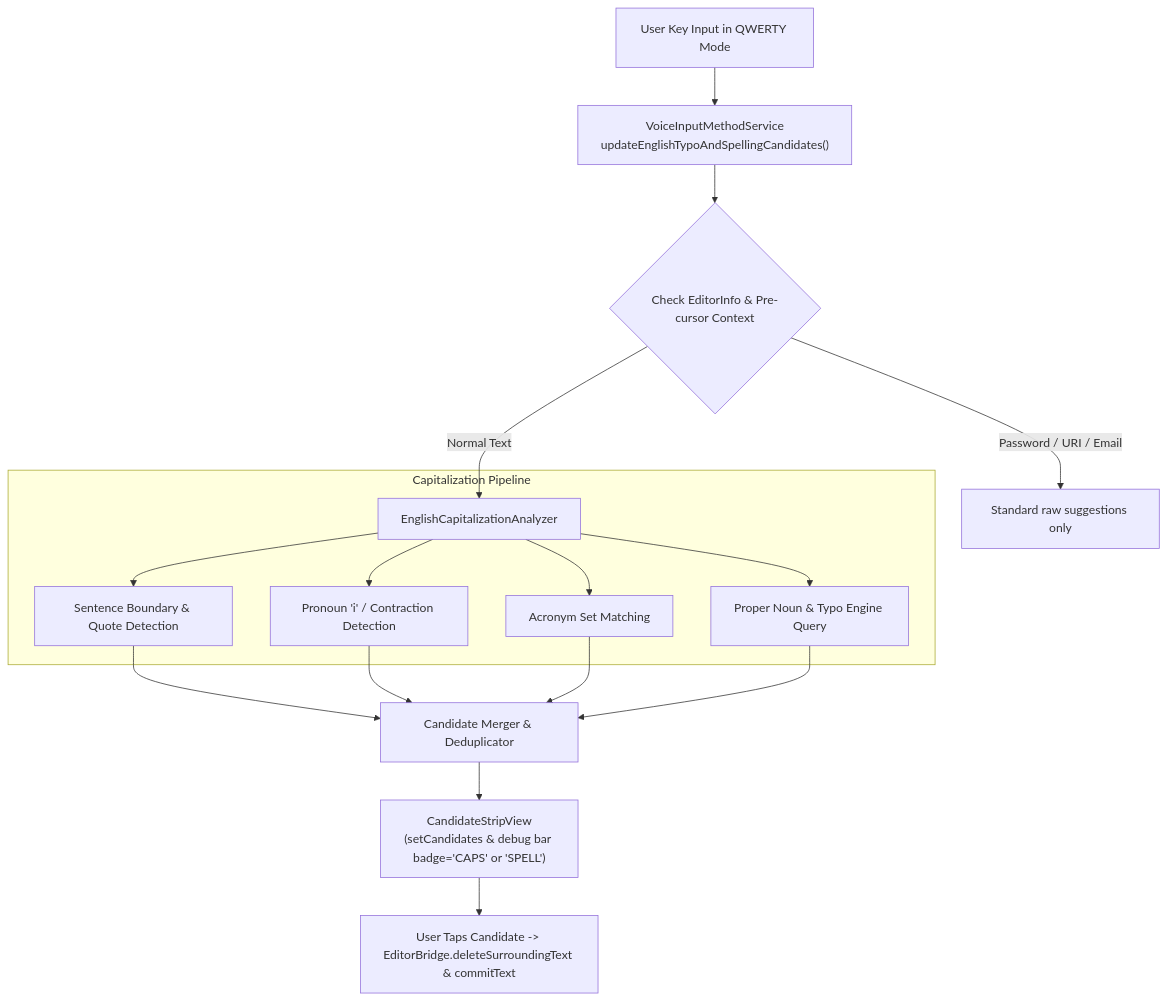
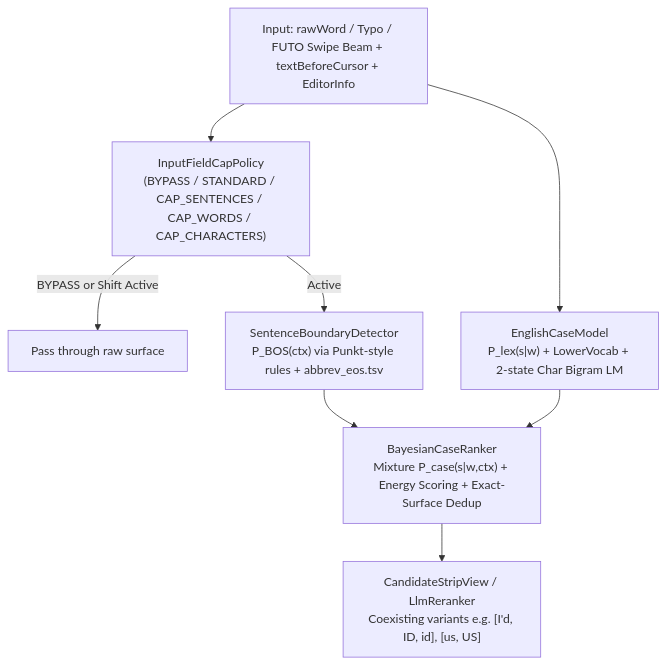
One commit to kenichikurihara/jotinput changed the diagram in docs/prd_and_system_design_qwerty_capitalization_and_spell_candidates.md. Above: the diagram before and after it, drawn with Mermaid. The commit also changed other lines of this file and 15 other files, not shown here.

Commit message:
feat(english): replace capitalization heuristics with corpus-derived Bayesian truecasing pipeline

````diff
--- a/docs/prd_and_system_design_qwerty_capitalization_and_spell_candidates.md
+++ b/docs/prd_and_system_design_qwerty_capitalization_and_spell_candidates.md
@@ -60,18 +48,9 @@
 ```mermaid
 flowchart TD
-    A["User Key Input in QWERTY Mode"] --> B["VoiceInputMethodService\nupdateEnglishTypoAndSpellingCandidates()"]
-    B --> C{"Check EditorInfo & Pre-cursor Context"}
-    C -->|"Password / URI / Email"| D["Standard raw suggestions only"]
-    C -->|"Normal Text"| E["EnglishCapitalizationAnalyzer"]
-    
-    subgraph Capitalization Pipeline
-        E --> F["Sentence Boundary & Quote Detection"]
-        E --> G["Pronoun 'i' / Contraction Detection"]
-        E --> H["Acronym Set Matching"]
-        E --> I["Proper Noun & Typo Engine Query"]
-    end
-    
-    F & G & H & I --> J["Candidate Merger & Deduplicator"]
-    J --> K["CandidateStripView\n(setCandidates & debug bar badge='CAPS' or 'SPELL')"]
-    K --> L["User Taps Candidate -> EditorBridge.deleteSurroundingText & commitText"]
+    A["Input: rawWord / Typo / FUTO Swipe Beam + textBeforeCursor + EditorInfo"] --> B["InputFieldCapPolicy\n(BYPASS / STANDARD / CAP_SENTENCES / CAP_WORDS / CAP_CHARACTERS)"]
+    B -->|"BYPASS or Shift Active"| Z["Pass through raw surface"]
+    B -->|"Active"| C["SentenceBoundaryDetector\nP_BOS(ctx) via Punkt-style rules + abbrev_eos.tsv"]
+    A --> D["EnglishCaseModel\nP_lex(s|w) + LowerVocab + 2-state Char Bigram LM"]
+    C & D --> E["BayesianCaseRanker\nMixture P_case(s|w,ctx) + Energy Scoring + Exact-Surface Dedup"]
+    E --> F["CandidateStripView / LlmReranker\nCoexisting variants e.g. [I'd, ID, id], [us, US]"]
 ```
````
